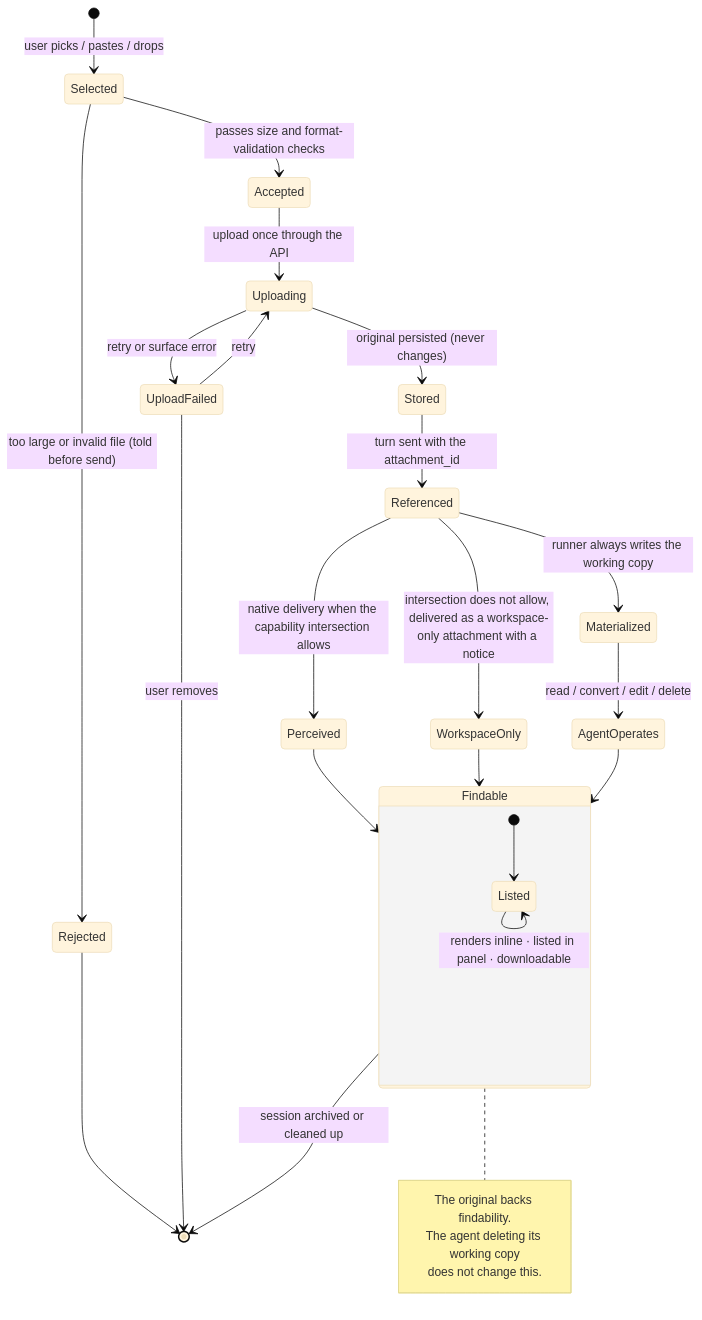
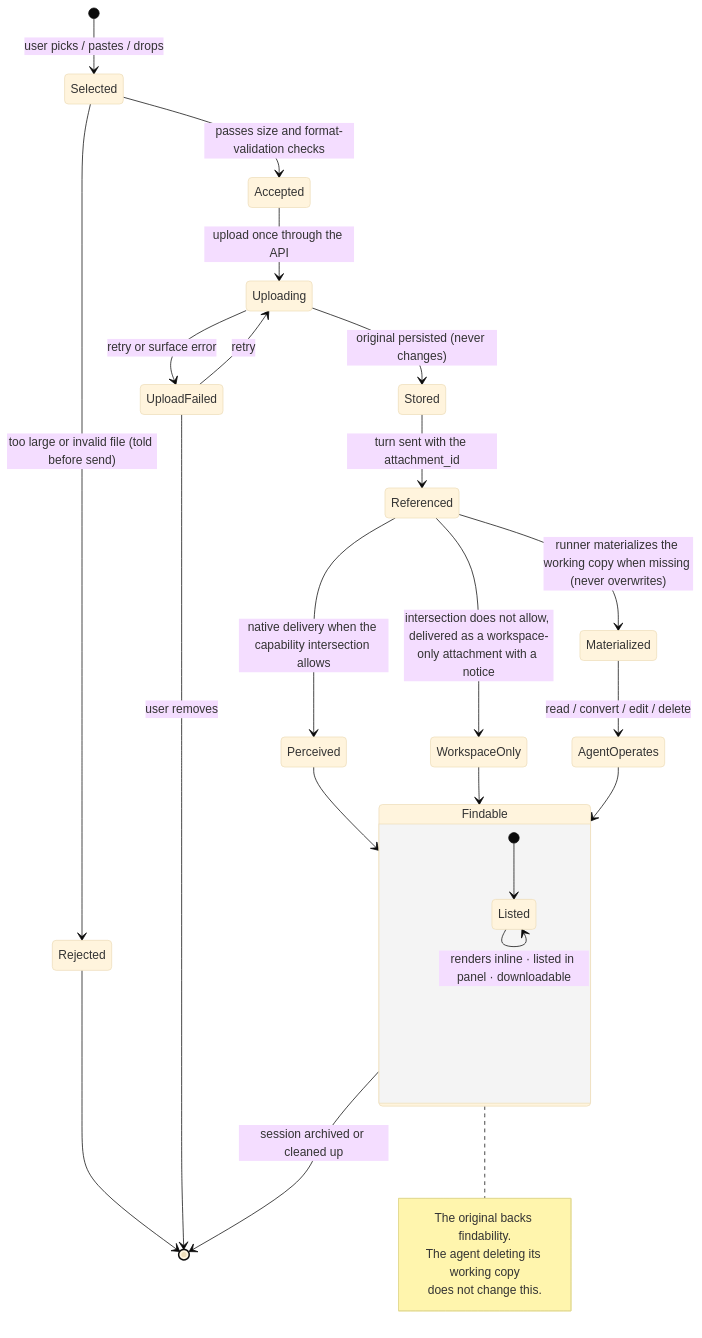
The fourth of 8 diagrams in docs/design/agent-workflows/projects/agent-multi-modality/design.md (nightcityblade/agenta), drawn with Mermaid (base theme) before and after one commit. The commit also changed other lines of this file and 7 other files, not shown here.

````diff
--- a/docs/design/agent-workflows/projects/agent-multi-modality/design.md
+++ b/docs/design/agent-workflows/projects/agent-multi-modality/design.md
@@ -307,33 +310,33 @@
 ```mermaid
 stateDiagram-v2
     [*] --> Selected: user picks / pastes / drops
     Selected --> Accepted: passes size and format-validation checks
     Selected --> Rejected: too large or invalid file (told before send)
     Rejected --> [*]
     Accepted --> Uploading: upload once through the API
     Uploading --> Stored: original persisted (never changes)
     Uploading --> UploadFailed: retry or surface error
     UploadFailed --> Uploading: retry
     UploadFailed --> [*]: user removes
 
     Stored --> Referenced: turn sent with the attachment_id
-    Referenced --> Materialized: runner always writes the working copy
+    Referenced --> Materialized: runner materializes the working copy when missing (never overwrites)
     Referenced --> Perceived: native delivery when the capability intersection allows
     Referenced --> WorkspaceOnly: intersection does not allow, delivered as a workspace-only attachment with a notice
 
     Perceived --> Findable
     WorkspaceOnly --> Findable
     Materialized --> AgentOperates: read / convert / edit / delete
     AgentOperates --> Findable
 
     state Findable {
         [*] --> Listed
         Listed --> Listed: renders inline · listed in panel · downloadable
     }
     note right of Findable
         The original backs findability.
         The agent deleting its working copy
         does not change this.
     end note
     Findable --> [*]: session archived or cleaned up
 ```
````
